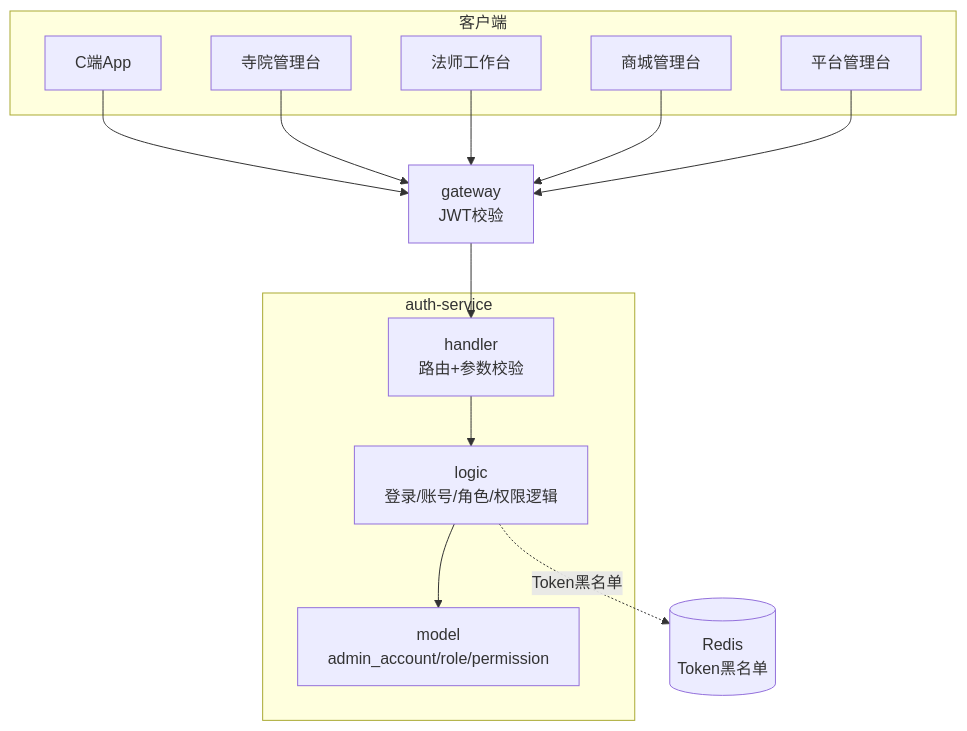
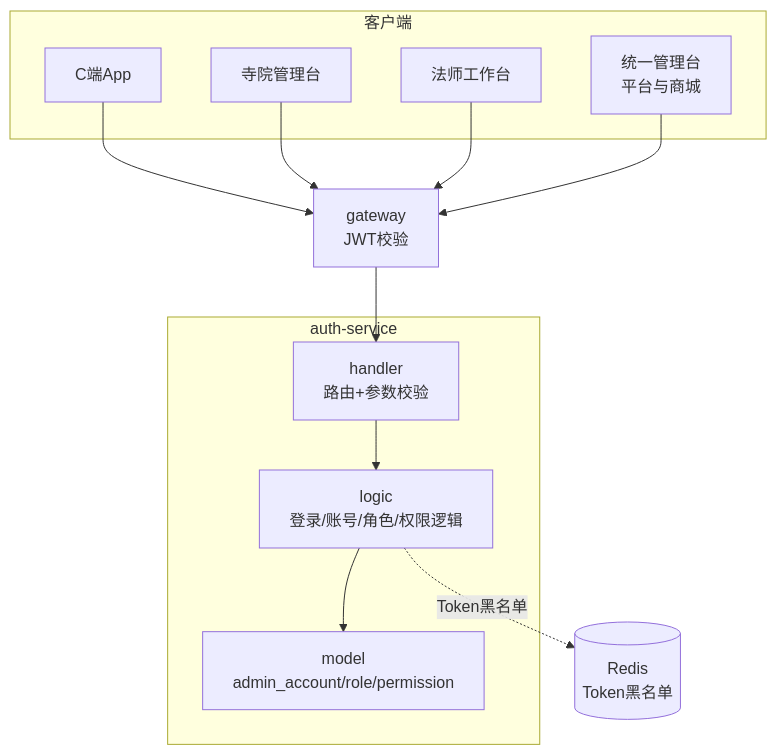
Before and after one commit to askxuan-dongfang/askxuan-docs: the first of 2 diagrams in docs/architecture/services/认证服务.md, drawn with Mermaid. The commit also changed other lines of this file and 22 other files, not shown here.

Commit message:
docs: publish current unified admin architecture and 0.0.1 handbooks

````diff
--- a/docs/architecture/services/认证服务.md
+++ b/docs/architecture/services/认证服务.md
@@ -28,25 +28,24 @@
 ```mermaid
 graph TB
     subgraph 客户端
         C1[C端App]
         C2[寺院管理台]
         C3[法师工作台]
-        C4[商城管理台]
-        C5[平台管理台]
+        C4[统一管理台<br/>平台与商城]
     end
 
     subgraph auth-service
         HANDLER[handler<br/>路由+参数校验]
         LOGIC[logic<br/>登录/账号/角色/权限逻辑]
         MODEL[model<br/>admin_account/role/permission]
     end
 
     GW[gateway<br/>JWT校验]
     REDIS[(Redis<br/>Token黑名单)]
 
-    C1 & C2 & C3 & C4 & C5 --> GW
+    C1 & C2 & C3 & C4 --> GW
     GW --> HANDLER
     HANDLER --> LOGIC
     LOGIC --> MODEL
     LOGIC -.Token黑名单.-> REDIS
 ```
````
